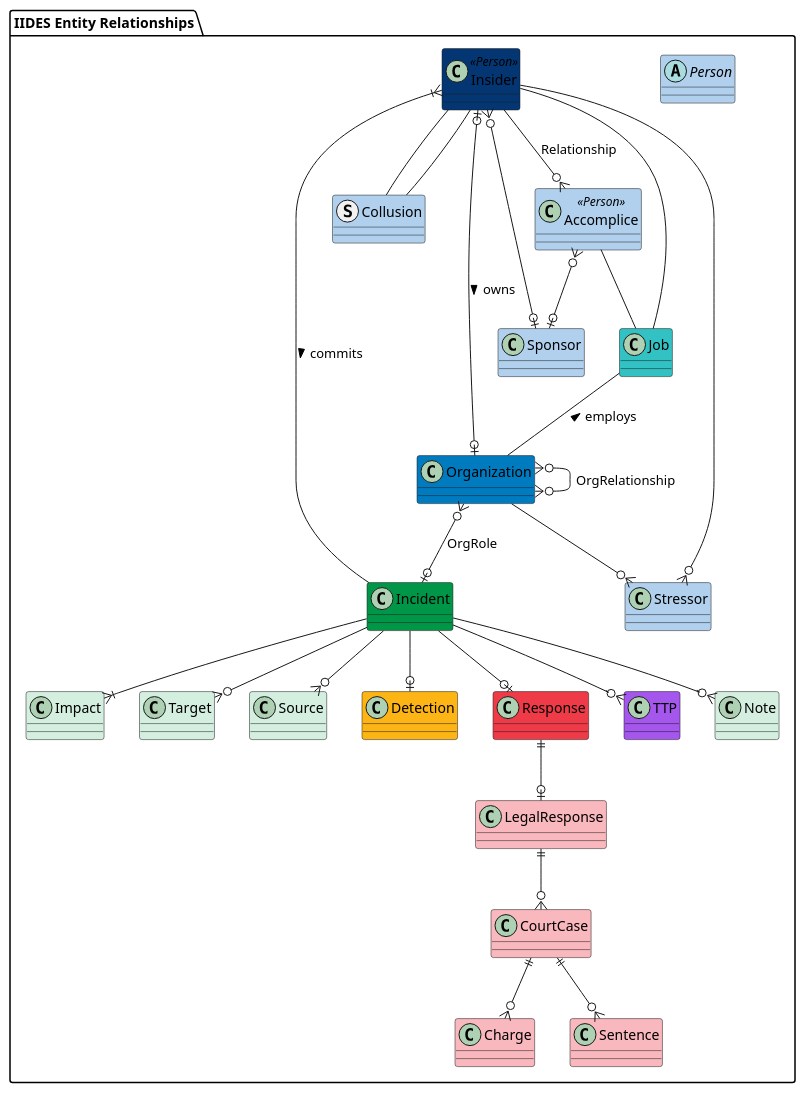
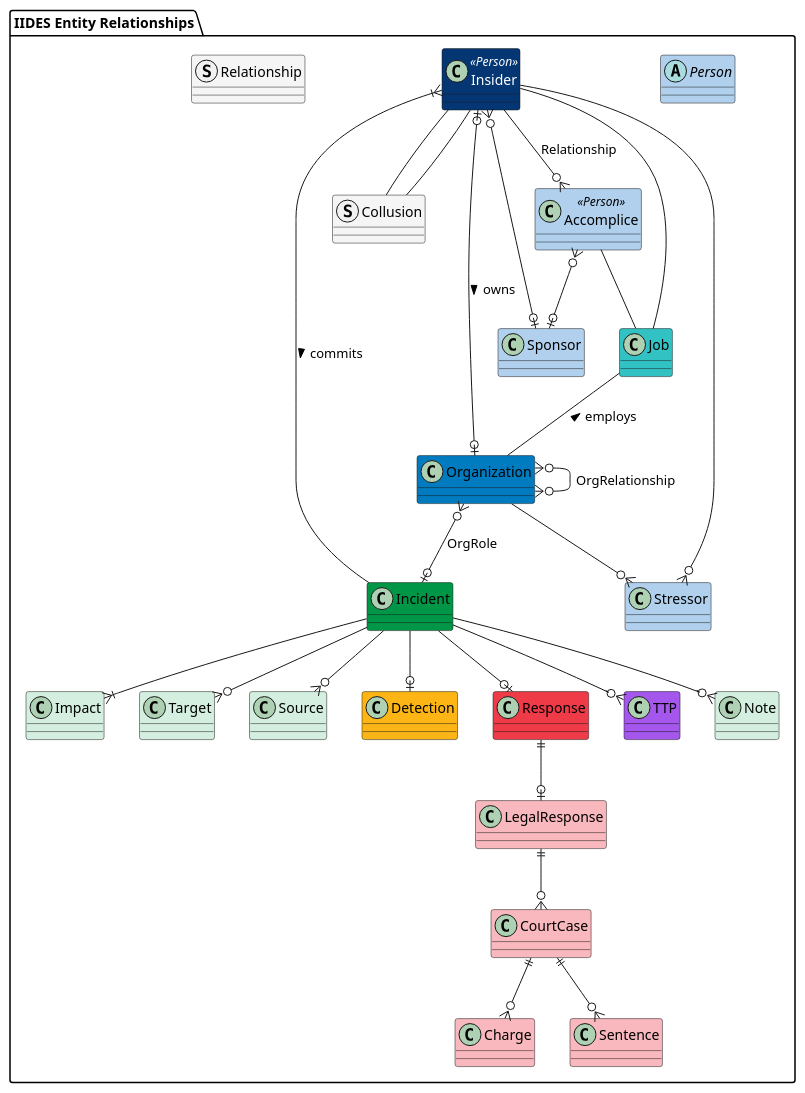
One commit to cmu-sei/iides changed the diagram in UML/source/relationships.wsd. Above: the diagram before and after it, drawn with PlantUML. The commit also changed 6 other files, not shown here.

```diff
--- a/UML/source/relationships.wsd
+++ b/UML/source/relationships.wsd
@@ -1,51 +1,52 @@
 @startuml IIDES_Entity_Relationships
 package "IIDES Entity Relationships" #FFF {
 
     abstract Person #b0d0ed {}
-    class Insider <<Person>> #043673 {}
+    class Insider <<Person>> #043673;text:white {}
     class Accomplice <<Person>> #b0d0ed {}
-    struct Collusion #b0d0ed {}
+    struct Collusion #F5F5F5 {}
     class Organization #007BC0 {}
     class Sponsor #b0d0ed {}
     class Incident #009647 {}
     class Job #33c2C4 {}
     class Impact #D4EFDF {}
     class Target #D4EFDF {}
     class Source #D4EFDF {}
     class Detection #FDB515 {}
     class Response #EF3A47 {}
     class LegalResponse #f9b8bd {}
     class CourtCase #f9b8bd {}
     class Charge #f9b8bd {}
     class Sentence #f9b8bd {}
     class TTP #A456ED {}
     class Stressor #b0d0ed {}
     class Note #D4EFDF {}
+    struct Relationship #F5F5F5 {}
 
     Insider --o{ Accomplice : Relationship
     Incident --|{ Insider : commits <
     Accomplice -- Job
     Job -- Organization : employs <
     Insider -- Job
     Organization }o--o| Incident : OrgRole
     Organization }o--o{ Organization : OrgRelationship
     Insider }o--o| Sponsor
     Accomplice }o--o| Sponsor
     Insider |o--o| Organization : owns >
     Insider -- Collusion
     Collusion -- Insider
     Incident --|{ Impact
     Incident --o{ Target
     Incident --o{ Source
     Incident --o{ Note
     CourtCase ||--o{ Charge
     CourtCase ||--o{ Sentence
     Incident --o| Detection
     Incident --o| Response
     Response ||--o| LegalResponse
     LegalResponse ||--o{ CourtCase
     Organization --o{ Stressor
     Stressor }o-- Insider
     Incident --o{ TTP
 }
 @enduml
```
